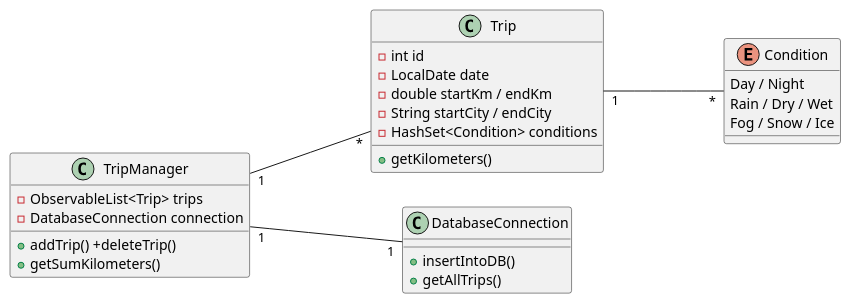
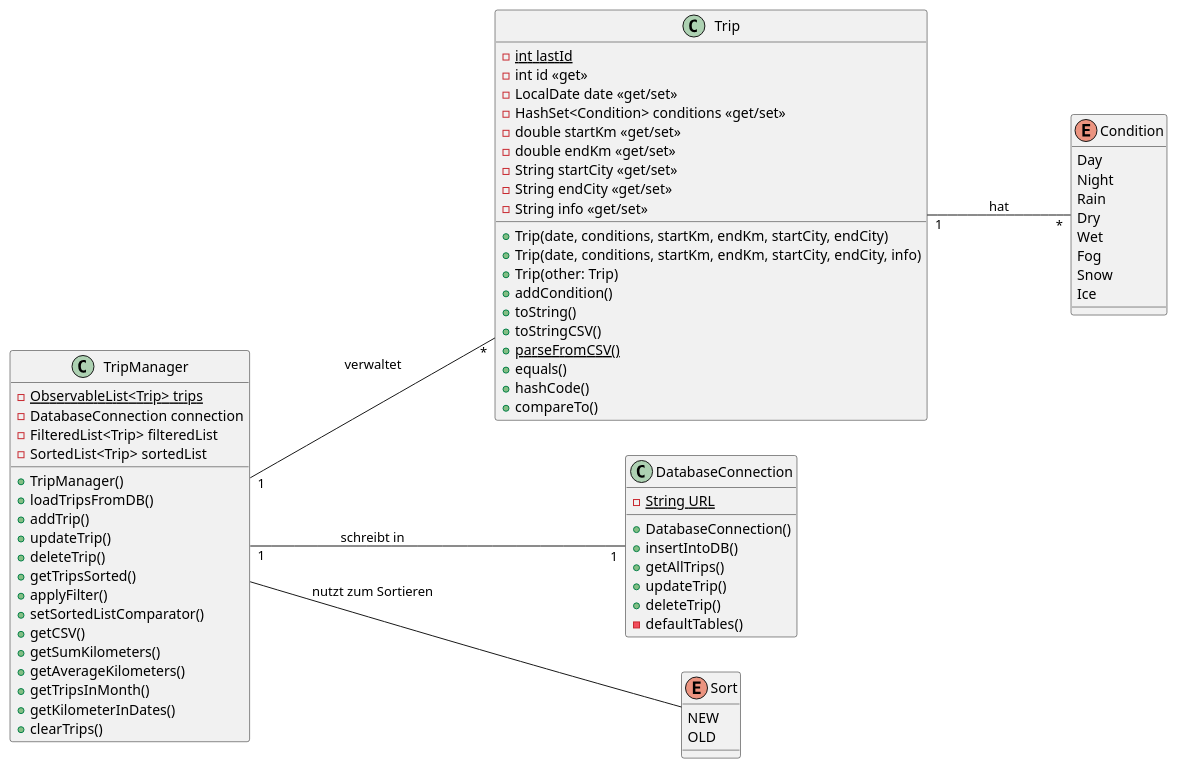
One commit to JBrunnerhtl/Driving_Tracker_Java_Docs changed the second of 3 diagrams in asciidocs/slides/presentation.adoc. Above: the diagram before and after it, drawn with PlantUML. The commit also changed other lines of this file, not shown here.

Commit message:
refactored presentation.adoc

```diff
--- a/asciidocs/slides/presentation.adoc
+++ b/asciidocs/slides/presentation.adoc
@@ -126,37 +126,84 @@
 left to right direction
 
 class Trip {
-    -int id
-    -LocalDate date
-    -double startKm / endKm
-    -String startCity / endCity
-    -HashSet<Condition> conditions
-    
-    +getKilometers()
+    {static}-int lastId
+    -int id <<get>>
+    -LocalDate date <<get/set>>
+    -HashSet<Condition> conditions <<get/set>>
+    -double startKm <<get/set>>
+    -double endKm <<get/set>>
+    -String startCity <<get/set>>
+    -String endCity <<get/set>>
+    -String info <<get/set>>
+
+    +Trip(date, conditions, startKm, endKm, startCity, endCity)
+    +Trip(date, conditions, startKm, endKm, startCity, endCity, info)
+    +Trip(other: Trip)
+    +addCondition()
+    +toString()
+    +toStringCSV()
+    +{static}parseFromCSV()
+    +equals()
+    +hashCode()
+    +compareTo()
 }
 
 class TripManager {
-    -ObservableList<Trip> trips
+    {static}-ObservableList<Trip> trips
     -DatabaseConnection connection
-    
-    +addTrip() +deleteTrip()
+    -FilteredList<Trip> filteredList
+    -SortedList<Trip> sortedList
+
+    +TripManager()
+    +loadTripsFromDB()
+    +addTrip()
+    +updateTrip()
+    +deleteTrip()
+    +getTripsSorted()
+    +applyFilter()
+    +setSortedListComparator()
+    +getCSV()
     +getSumKilometers()
+    +getAverageKilometers()
+    +getTripsInMonth()
+    +getKilometerInDates()
+    +clearTrips()
 }
 
 class DatabaseConnection {
+    {static}-String URL
+
+    +DatabaseConnection()
     +insertIntoDB()
     +getAllTrips()
+    +updateTrip()
+    +deleteTrip()
+    -defaultTables()
 }
 
 enum Condition {
-    Day / Night
-    Rain / Dry / Wet
-    Fog / Snow / Ice
+    Day
+    Night
+    Rain
+    Dry
+    Wet
+    Fog
+    Snow
+    Ice
 }
 
-Trip "1" --- "*" Condition
-TripManager "1" --- "*" Trip
-TripManager "1" --- "1" DatabaseConnection
+
+
+enum Sort {
+    NEW
+    OLD
+}
+
+Trip "1" --- "*" Condition : hat
+TripManager "1" --- "*" Trip : verwaltet
+TripManager "1" --- "1" DatabaseConnection : schreibt in
+TripManager --- Sort : nutzt zum Sortieren
 
 @enduml
+
 ----
```
